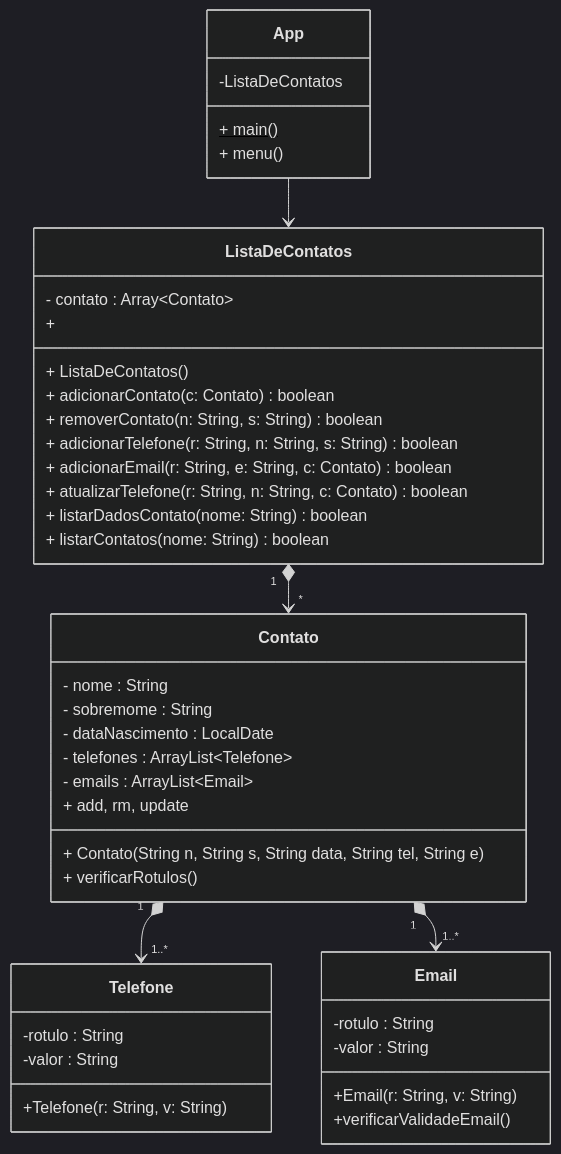
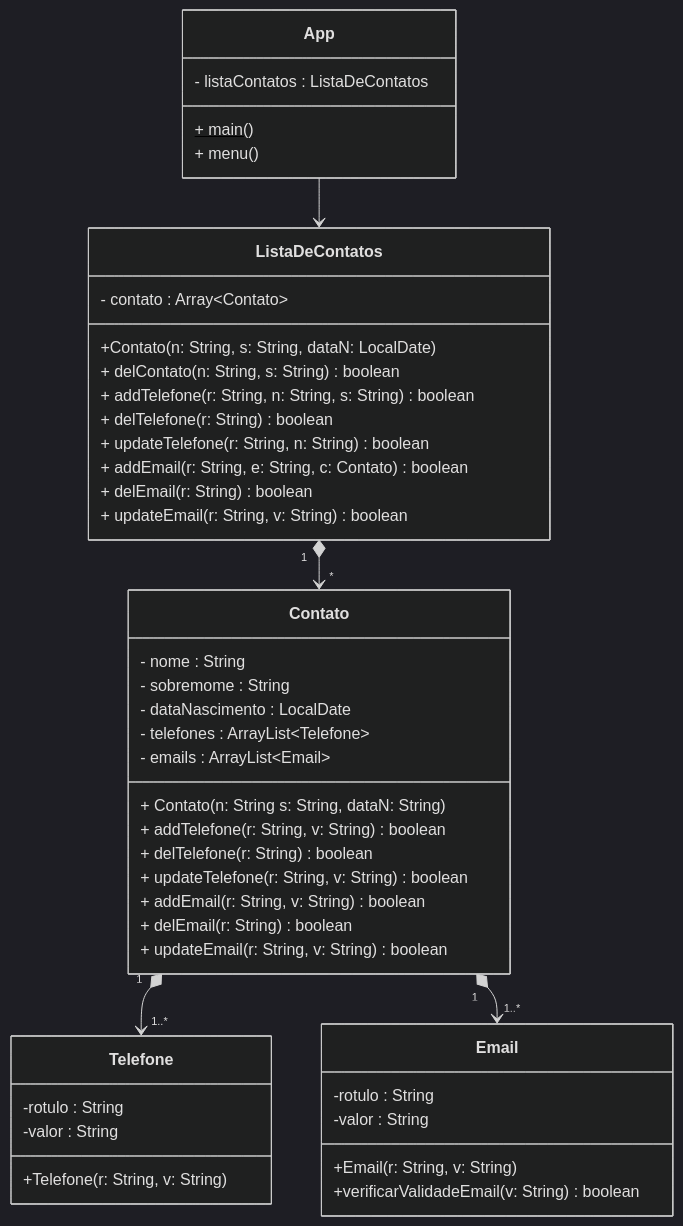
One commit to ThaysMariano/POO_IFSC changed the diagram in AgendaTelefonica/Readme.md. Above: the diagram before and after it, drawn with Mermaid (dark theme). The commit also changed 5 other files, not shown here.

Commit message:
UML e classes

````diff
--- a/AgendaTelefonica/Readme.md
+++ b/AgendaTelefonica/Readme.md
@@ -4,63 +4,67 @@
 ```mermaid
 
 classDiagram
 
     direction TB
  
     ListaDeContatos "1" *--> "*" Contato
     Contato "1" *--> "1..*" Telefone
     Contato "1" *--> "1..*" Email
     App --> ListaDeContatos
     
     
     class App{
-        -ListaDeContatos
+        - listaContatos : ListaDeContatos
         + main()$
         + menu()
     }
     
     class ListaDeContatos{
         - contato : Array~Contato~
         
-        + ListaDeContatos()
-        + adicionarContato(c: Contato)  boolean
-        + removerContato(n: String, s: String)  boolean
-        + adicionarTelefone(r: String, n: String, s: String) boolean
-        + adicionarEmail(r: String, e: String, c: Contato) boolean
-        + atualizarTelefone(r: String, n: String, c: Contato) boolean
-        + 
-        + listarDadosContato(nome: String)  boolean
-        + listarContatos(nome: String)  boolean
+        +Contato(n: String, s: String, dataN: LocalDate)
+        + delContato(n: String, s: String)  boolean
+        + addTelefone(r: String, n: String, s: String) boolean
+        + delTelefone(r: String) boolean
+        + updateTelefone(r: String, n: String) boolean
+        + addEmail(r: String, e: String, c: Contato) boolean
+        + delEmail(r: String) boolean
+        + updateEmail(r: String, v: String) boolean
     }
     
     class Contato{
         - nome : String
         - sobremome : String
         - dataNascimento : LocalDate
         - telefones : ArrayList~Telefone~
         - emails : ArrayList~Email~
         
-        + Contato(String n, String s, String data, String tel, String e)
-        + verificarRotulos()
-        + add, rm, update
+        + Contato(n: String s: String, dataN: String)
+        + addTelefone(r: String, v: String) boolean
+        + delTelefone(r: String) boolean
+        + updateTelefone(r: String, v: String) boolean
+        + addEmail(r: String, v: String) boolean
+        + delEmail(r: String) boolean
+        + updateEmail(r: String, v: String) boolean
+        
     }
     
     class Telefone{
         -rotulo : String
         -valor : String
         
         +Telefone(r: String, v: String)
         
     }
     
     class Email{
         -rotulo : String
         -valor : String
         
         +Email(r: String, v: String)
-        +verificarValidadeEmail()
+        +verificarValidadeEmail(v: String) boolean
     }
 
 
 
 ```
````
